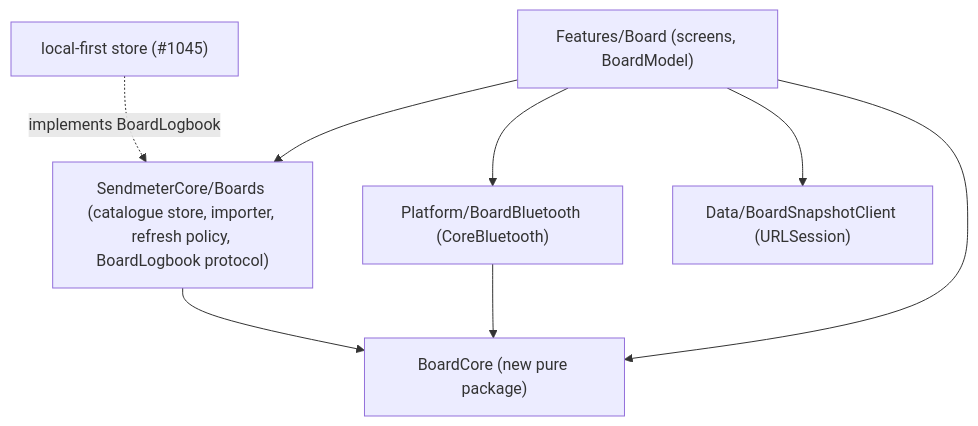
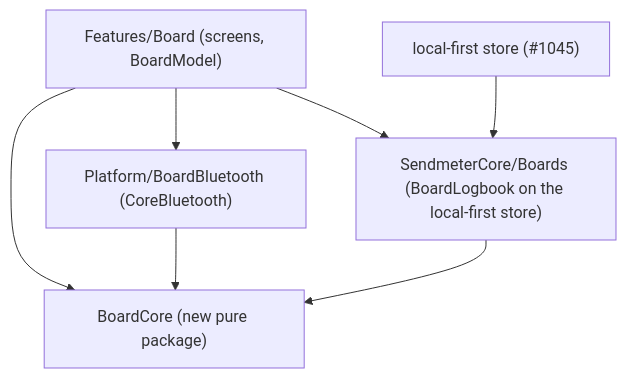
The diagram in docs/architecture/boards/README.md (jirathip-dev/sendmeter), drawn with Mermaid before and after one commit. The commit also changed other lines of this file and 5 other files, not shown here.

Commit message:
#1047 docs: Board tab architecture rev 2 — own-data import, wiring check, no catalogue

````diff
--- a/docs/architecture/boards/README.md
+++ b/docs/architecture/boards/README.md
@@ -61,10 +76,9 @@
 ```mermaid
 flowchart TD
-    F["Features/Board (screens, BoardModel)"] --> SC["SendmeterCore/Boards (catalogue store, importer, refresh policy, BoardLogbook protocol)"]
+    F["Features/Board (screens, BoardModel)"] --> BC["BoardCore (new pure package)"]
     F --> P["Platform/BoardBluetooth (CoreBluetooth)"]
-    F --> D["Data/BoardSnapshotClient (URLSession)"]
-    SC --> BC["BoardCore (new pure package)"]
+    F --> SC["SendmeterCore/Boards (BoardLogbook on the local-first store)"]
     P --> BC
-    F --> BC
-    LF["local-first store (#1045)"] -. implements BoardLogbook .-> SC
+    SC --> BC
+    LF["local-first store (#1045)"] --> SC
 ```
````
